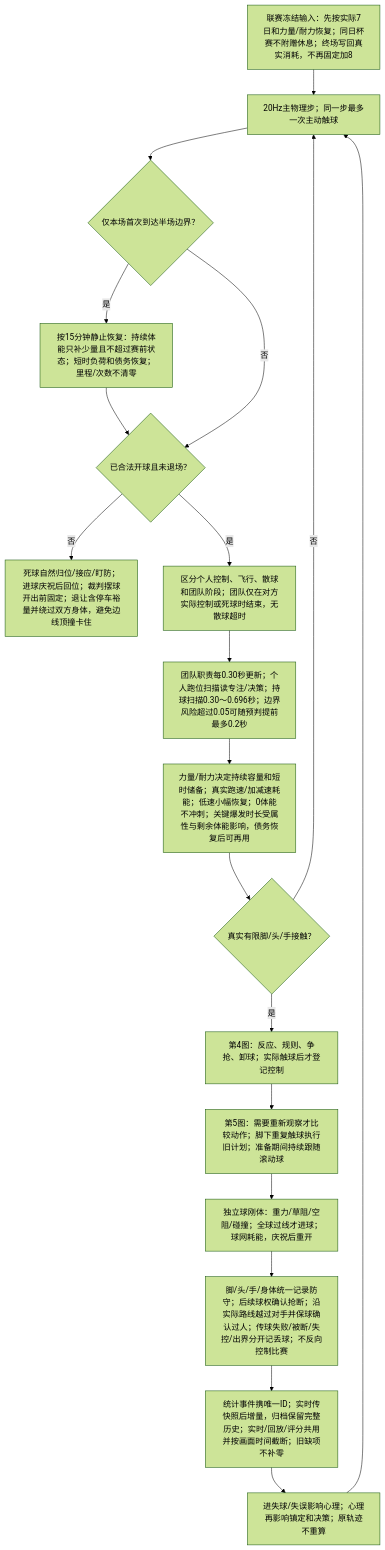
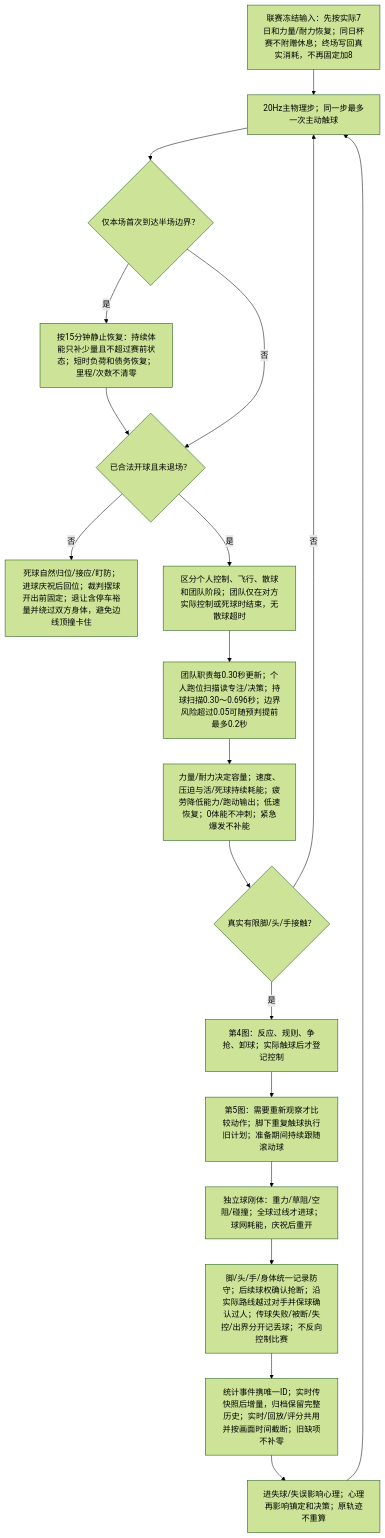
One commit to sixu3575/touchline-manager changed the first of 7 diagrams in packages/shared/modules/matches/design/PLAYER_DECISION_MAP.md. Above: the diagram before and after it, drawn with Mermaid (forest theme). The commit also changed other lines of this file and 14 other files, not shown here.

````diff
--- a/packages/shared/modules/matches/design/PLAYER_DECISION_MAP.md
+++ b/packages/shared/modules/matches/design/PLAYER_DECISION_MAP.md
@@ -13,21 +13,21 @@
 ```mermaid
 flowchart TD
   OW["联赛冻结输入：先按实际7日和力量/耐力恢复；同日杯赛不附赠休息；终场写回真实消耗，不再固定加8"] --> O0["20Hz主物理步；同一步最多一次主动触球"]
   O0 --> OH{"仅本场首次到达半场边界？"}
   OH -->|是| OH1["按15分钟静止恢复：持续体能只补少量且不超过赛前状态；短时负荷和债务恢复；里程/次数不清零"]
   OH1 --> O1{"已合法开球且未退场？"}
   OH -->|否| O1
   O1 -->|否| O2["死球自然归位/接应/盯防；进球庆祝后回位；裁判摆球开出前固定；退让含停车裕量并绕过双方身体，避免边线顶撞卡住"]
   O1 -->|是| O3["区分个人控制、飞行、散球和团队阶段；团队仅在对方实际控制或死球时结束，无散球超时"]
   O3 --> O4["团队职责每0.30秒更新；个人跑位扫描读专注/决策；持球扫描0.30～0.696秒；边界风险超过0.05可随预判提前最多0.2秒"]
-  O4 --> O5["力量/耐力决定持续容量和短时储备；真实跑速/加减速耗能；低速小幅恢复；0体能不冲刺；关键爆发时长受属性与剩余体能影响，债务恢复后可再用"]
+  O4 --> O5["力量/耐力决定容量；速度、压迫与活/死球持续耗能；疲劳降低能力/跑动输出；低速恢复；0体能不冲刺；紧急爆发不补能"]
   O5 --> O6{"真实有限脚/头/手接触？"}
   O6 -->|否| O0
   O6 -->|是| O7["第4图：反应、规则、争抢、卸球；实际触球后才登记控制"]
   O7 --> O8["第5图：需要重新观察才比较动作；脚下重复触球执行旧计划；准备期间持续跟随滚动球"]
   O8 --> O9["独立球刚体：重力/草阻/空阻/碰撞；全球过线才进球；球网耗能，庆祝后重开"]
   O9 --> OS["脚/头/手/身体统一记录防守；后续球权确认抢断；沿实际路线越过对手并保球确认过人；传球失败/被断/失控/出界分开记丢球；不反向控制比赛"]
   OS --> OSC["统计事件携唯一ID；实时传快照后增量，归档保留完整历史；实时/回放/评分共用并按画面时间截断；旧缺项不补零"]
   OSC --> OM["进失球/失误影响心理；心理再影响镇定和决策；原轨迹不重算"]
   OM --> O0
 ```
````
